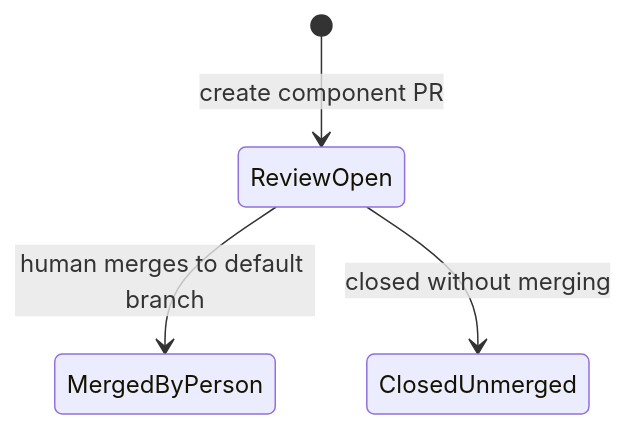
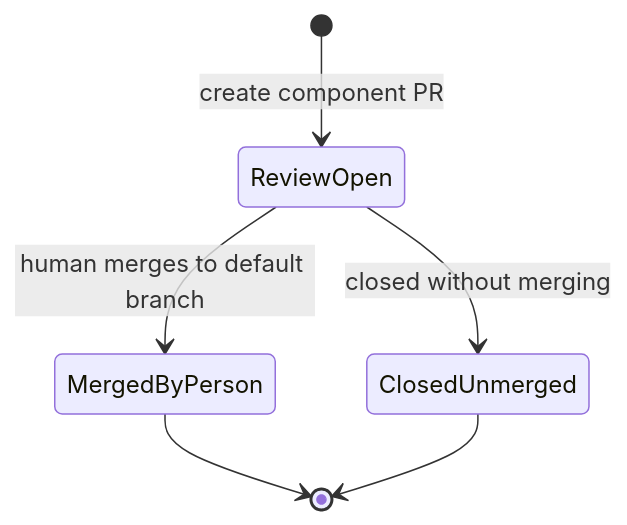
Before and after one commit to vishalc412/bible-mode-b-test: the sixth of 7 diagrams in codebase-analysis/hld/04-data-architecture.md, drawn with Mermaid. The commit also changed other lines of this file and 38 other files, not shown here.

````diff
--- a/codebase-analysis/hld/04-data-architecture.md
+++ b/codebase-analysis/hld/04-data-architecture.md
@@ -138,6 +170,8 @@
 ```mermaid
 stateDiagram-v2
   [*] --> ReviewOpen : create component PR
   ReviewOpen --> MergedByPerson : human merges to default branch
   ReviewOpen --> ClosedUnmerged : closed without merging
+  MergedByPerson --> [*]
+  ClosedUnmerged --> [*]
 ```
````
